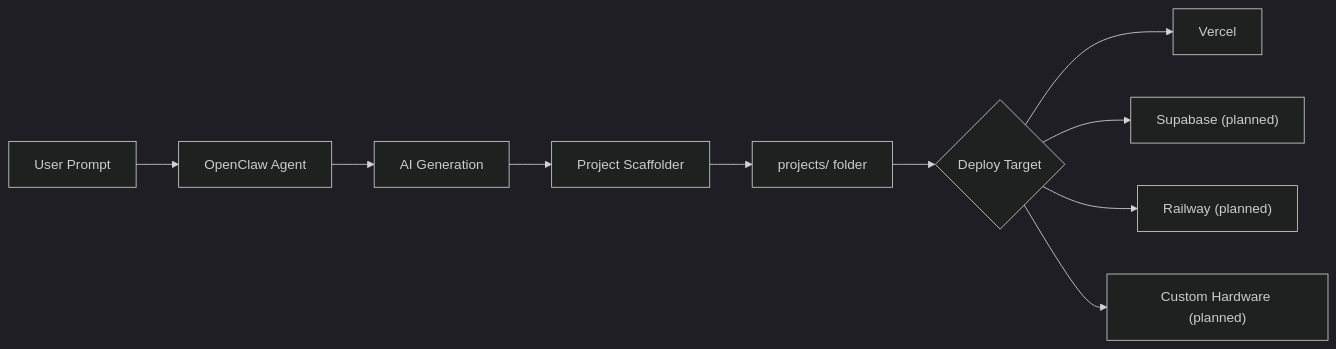
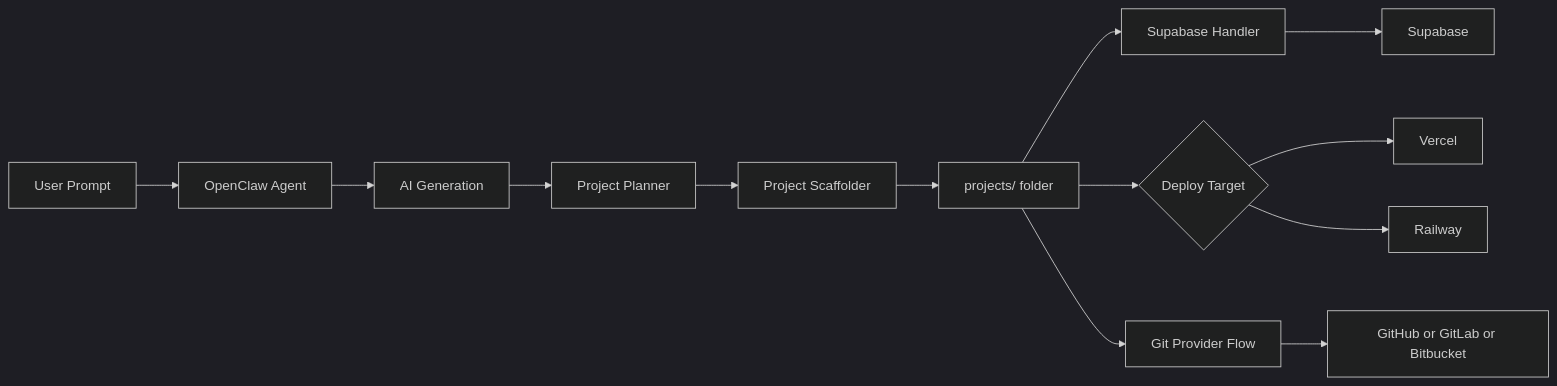
One commit to the-rrk/shipstack_bot changed the diagram in README.md. Above: the diagram before and after it, drawn with Mermaid (dark theme). The commit also changed other lines of this file and 13 other files, not shown here.

````diff
--- a/README.md
+++ b/README.md
@@ -177,12 +202,15 @@
 ```mermaid
 flowchart LR
   Prompt[User Prompt] --> OpenClaw[OpenClaw Agent]
   OpenClaw --> AIGen[AI Generation]
-  AIGen --> Scaffold[Project Scaffolder]
+  AIGen --> Planner[Project Planner]
+  Planner --> Scaffold[Project Scaffolder]
   Scaffold --> Projects["projects/ folder"]
+  Projects --> Integrations[Supabase Handler]
   Projects --> DeployTarget{Deploy Target}
+  Projects --> RepoOps[Git Provider Flow]
   DeployTarget --> Vercel[Vercel]
-  DeployTarget --> Supabase["Supabase (planned)"]
-  DeployTarget --> Railway["Railway (planned)"]
-  DeployTarget --> Custom["Custom Hardware (planned)"]
+  DeployTarget --> Railway[Railway]
+  Integrations --> Supabase[Supabase]
+  RepoOps --> GitHub[GitHub or GitLab or Bitbucket]
 ```
````
